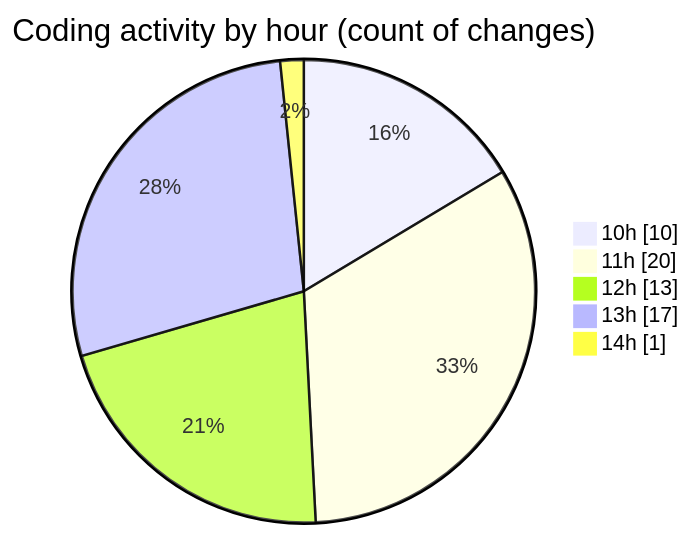
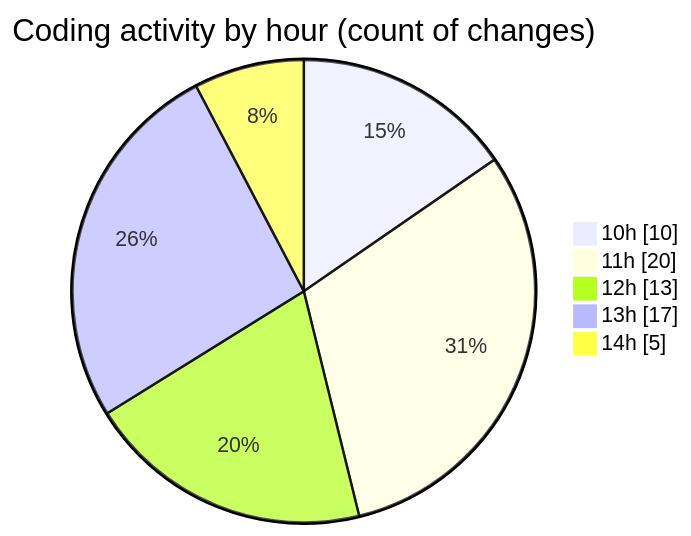
The second of 2 diagrams in 2025-03-31/jsvms/README.md (BS-eng2023/code-tracking), drawn with Mermaid before and after one commit. The commit also changed other lines of this file and 1 other file, not shown here.

````diff
--- a/2025-03-31/jsvms/README.md
+++ b/2025-03-31/jsvms/README.md
@@ -50,9 +54,9 @@
 ```mermaid
 pie showData
 title Coding activity by hour (count of changes)
 "10h" : 10
 "11h" : 20
 "12h" : 13
 "13h" : 17
-"14h" : 1
+"14h" : 5
 ```
````
